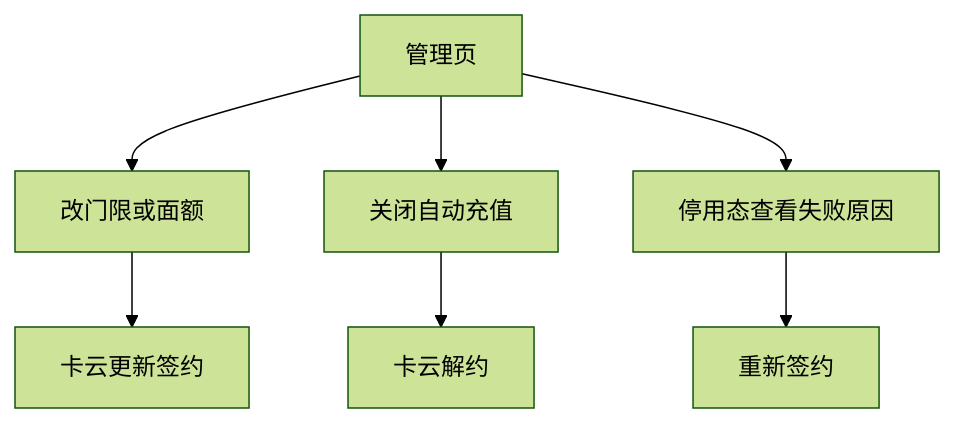
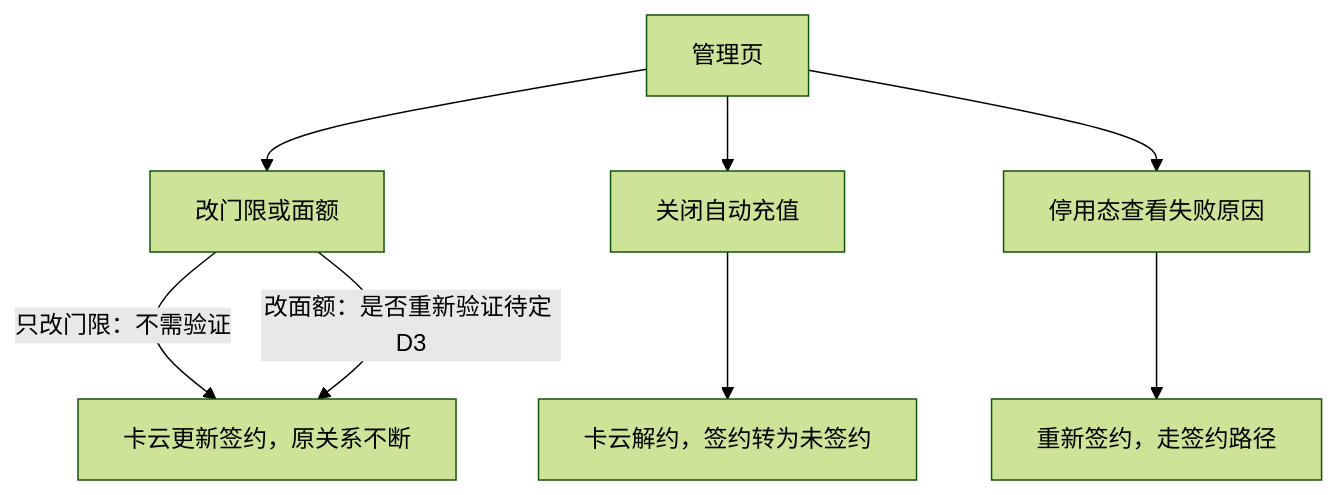
The third of 6 diagrams in doc/plan/2.0.3/2026-10-07-整体设计/实施反馈/金样候选/auto-topup/update/AR/story.md (sqsqsq/SimulatedWalletForHmos), drawn with Mermaid (forest theme) before and after one commit. The commit also changed other lines of this file and 38 other files, not shown here.

````diff
--- a/doc/plan/2.0.3/2026-10-07-整体设计/实施反馈/金样候选/auto-topup/update/AR/story.md
+++ b/doc/plan/2.0.3/2026-10-07-整体设计/实施反馈/金样候选/auto-topup/update/AR/story.md
@@ -118,10 +172,11 @@
 ```mermaid
 %% 图源 SR §1 #2
 flowchart TD
   M[管理页] --> N[改门限或面额]
   M --> O[关闭自动充值]
   M --> P[停用态查看失败原因]
-  N --> Q[卡云更新签约]
-  O --> R[卡云解约]
-  P --> S[重新签约]
+  N -->|只改门限：不需验证| Q[卡云更新签约，原关系不断]
+  N -->|改面额：是否重新验证待定 D3| Q
+  O --> R[卡云解约，签约转为未签约]
+  P --> S[重新签约，走签约路径]
 ```
````
